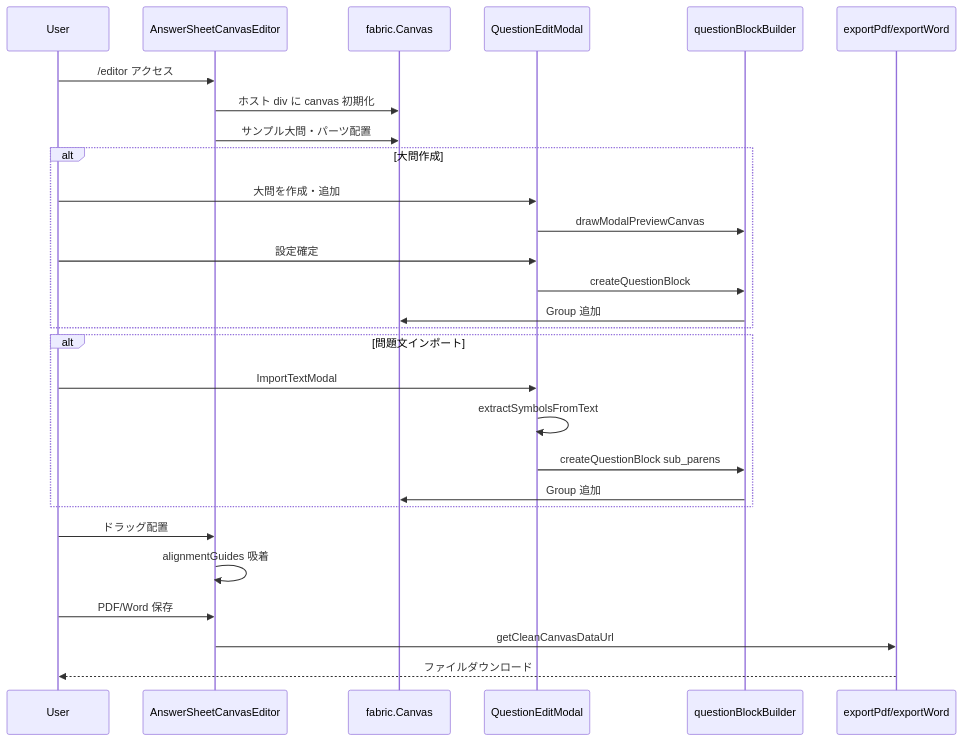
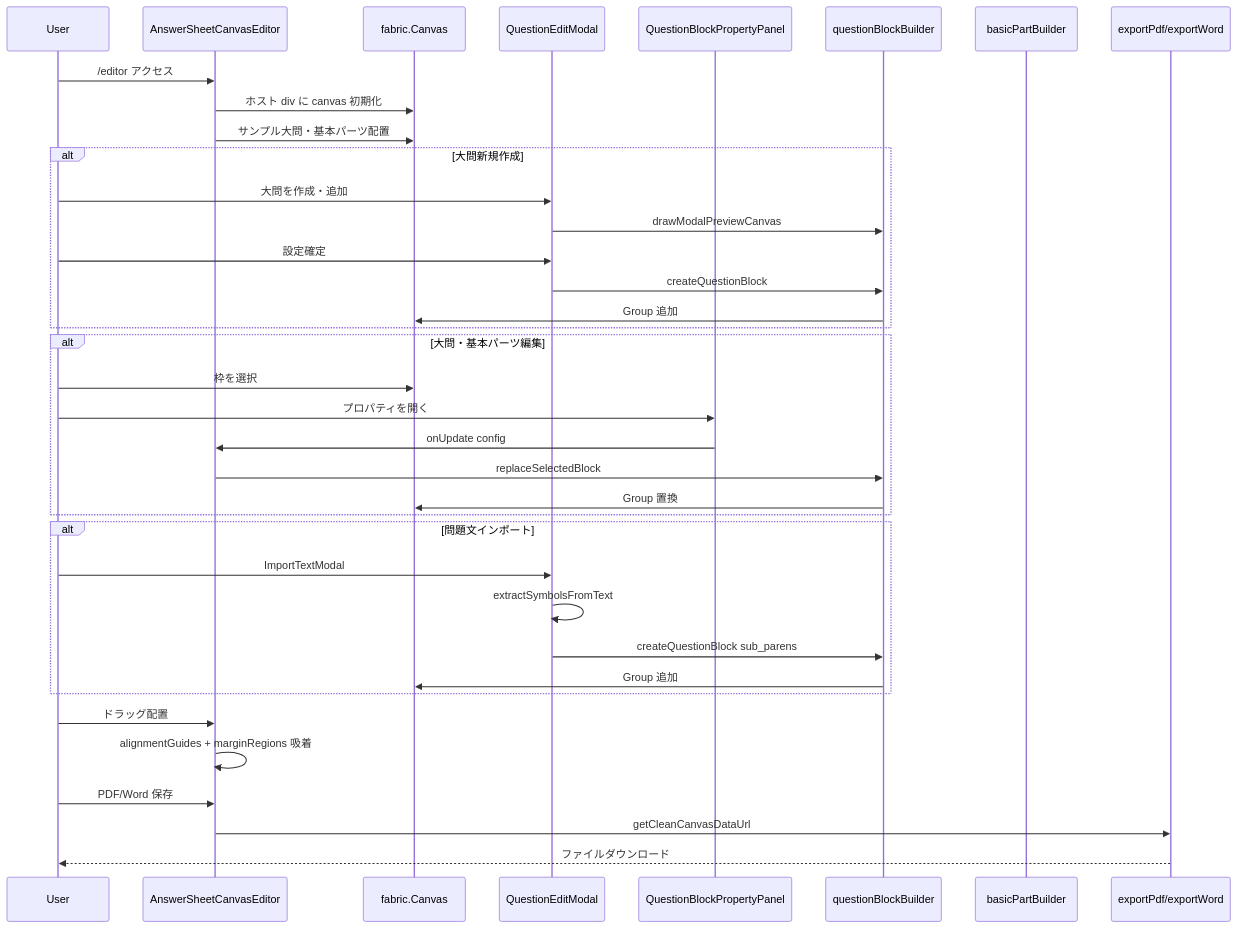
One commit to Ryo0922ta/create-exam-app changed the third of 6 diagrams in docs/BUSINESS_WORKFLOW.md. Above: the diagram before and after it, drawn with Mermaid. The commit also changed other lines of this file and 2 other files, not shown here.

````diff
--- a/docs/BUSINESS_WORKFLOW.md
+++ b/docs/BUSINESS_WORKFLOW.md
@@ -75,35 +101,45 @@
 ```mermaid
 sequenceDiagram
     participant User
     participant Editor as AnswerSheetCanvasEditor
     participant Fabric as fabric.Canvas
     participant Modal as QuestionEditModal
+    participant Panel as QuestionBlockPropertyPanel
     participant Builder as questionBlockBuilder
+    participant Basic as basicPartBuilder
     participant Export as exportPdf/exportWord
 
     User->>Editor: /editor アクセス
     Editor->>Fabric: ホスト div に canvas 初期化
-    Editor->>Fabric: サンプル大問・パーツ配置
+    Editor->>Fabric: サンプル大問・基本パーツ配置
 
-    alt 大問作成
+    alt 大問新規作成
         User->>Modal: 大問を作成・追加
         Modal->>Builder: drawModalPreviewCanvas
         User->>Modal: 設定確定
         Modal->>Builder: createQuestionBlock
         Builder->>Fabric: Group 追加
+    end
+
+    alt 大問・基本パーツ編集
+        User->>Fabric: 枠を選択
+        User->>Panel: プロパティを開く
+        Panel->>Editor: onUpdate config
+        Editor->>Builder: replaceSelectedBlock
+        Builder->>Fabric: Group 置換
     end
 
     alt 問題文インポート
         User->>Modal: ImportTextModal
         Modal->>Modal: extractSymbolsFromText
         Modal->>Builder: createQuestionBlock sub_parens
         Builder->>Fabric: Group 追加
     end
 
     User->>Editor: ドラッグ配置
-    Editor->>Editor: alignmentGuides 吸着
+    Editor->>Editor: alignmentGuides + marginRegions 吸着
 
     User->>Editor: PDF/Word 保存
     Editor->>Export: getCleanCanvasDataUrl
     Export-->>User: ファイルダウンロード
 ```
````
